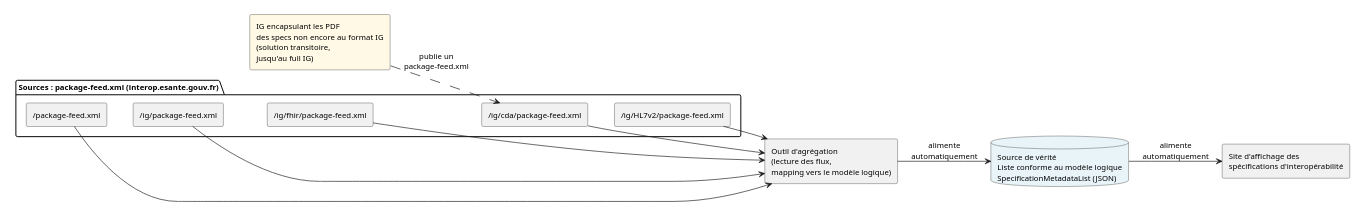
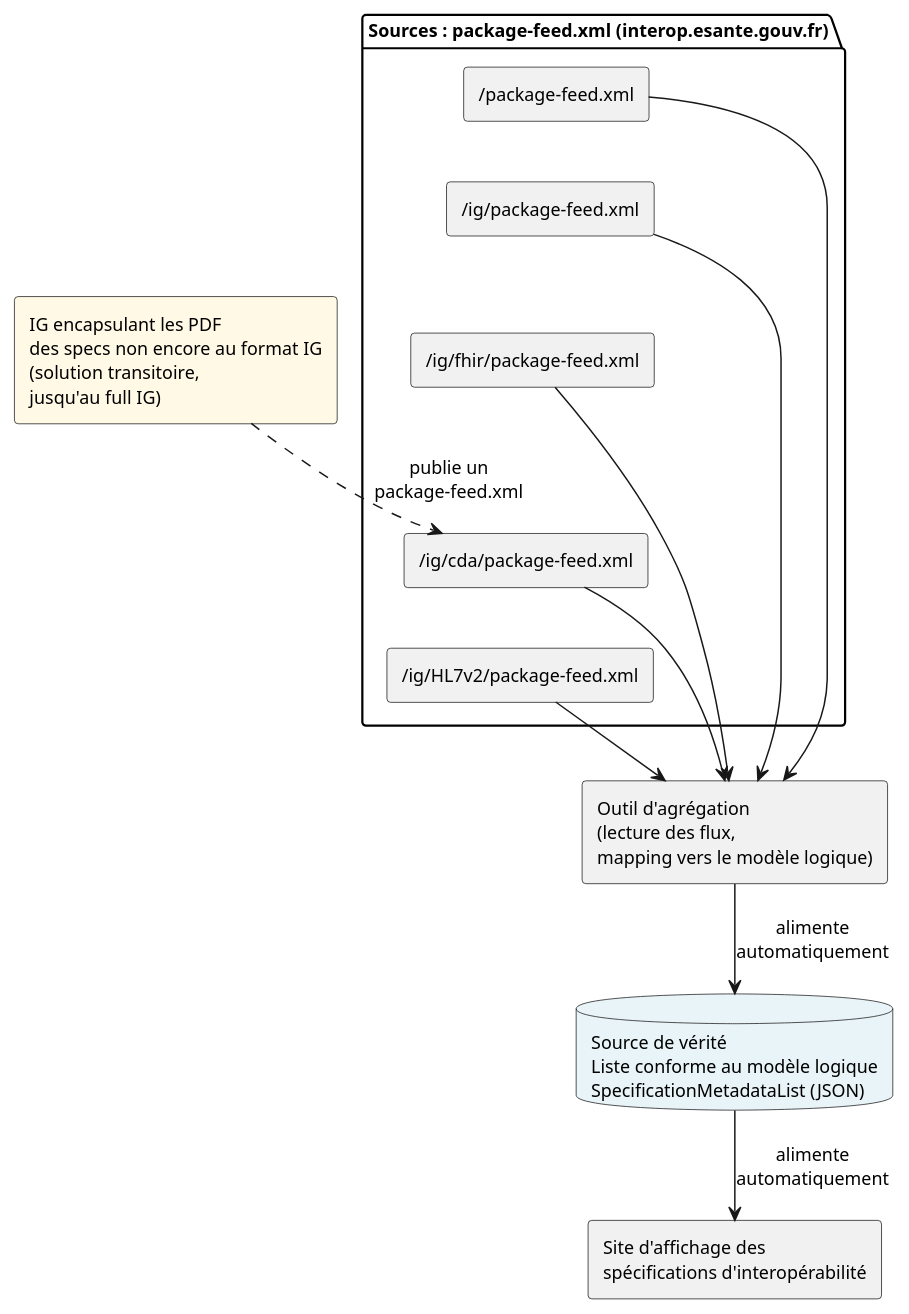
The diagram in input/images-source/flux-alimentation.plantuml (nriss/metadata-interop-catalog), drawn with PlantUML before and after one commit.

Commit message:
Schéma PlantUML : cases des sources empilées verticalement

```diff
--- a/input/images-source/flux-alimentation.plantuml
+++ b/input/images-source/flux-alimentation.plantuml
@@ -1,38 +1,37 @@
 @startuml flux-alimentation
 skinparam shadowing false
 skinparam defaultFontSize 12
 skinparam nodesep 15
 skinparam ranksep 40
-left to right direction
-scale max 900 width
+scale max 700 width
 
 package "Sources : package-feed.xml (interop.esante.gouv.fr)" as sources {
   rectangle "/package-feed.xml" as feed_root
   rectangle "/ig/package-feed.xml" as feed_ig
   rectangle "/ig/fhir/package-feed.xml" as feed_fhir
   rectangle "/ig/cda/package-feed.xml" as feed_cda
   rectangle "/ig/HL7v2/package-feed.xml" as feed_hl7v2
 }
 
 feed_root -[hidden]down-> feed_ig
 feed_ig -[hidden]down-> feed_fhir
 feed_fhir -[hidden]down-> feed_cda
 feed_cda -[hidden]down-> feed_hl7v2
 
 rectangle "IG encapsulant les PDF\ndes specs non encore au format IG\n(solution transitoire,\njusqu'au full IG)" as ig_pdf #fff9e6
 
 rectangle "Outil d'agrégation\n(lecture des flux,\nmapping vers le modèle logique)" as tool
 
 database "Source de vérité\nListe conforme au modèle logique\nSpecificationMetadataList (JSON)" as truth #e8f4f8
 
 rectangle "Site d'affichage des\nspécifications d'interopérabilité" as site
 
 ig_pdf ..> feed_cda : publie un\npackage-feed.xml
 feed_root --> tool
 feed_ig --> tool
 feed_fhir --> tool
 feed_cda --> tool
 feed_hl7v2 --> tool
 tool --> truth : alimente\nautomatiquement
 truth --> site : alimente\nautomatiquement
 @enduml
```
